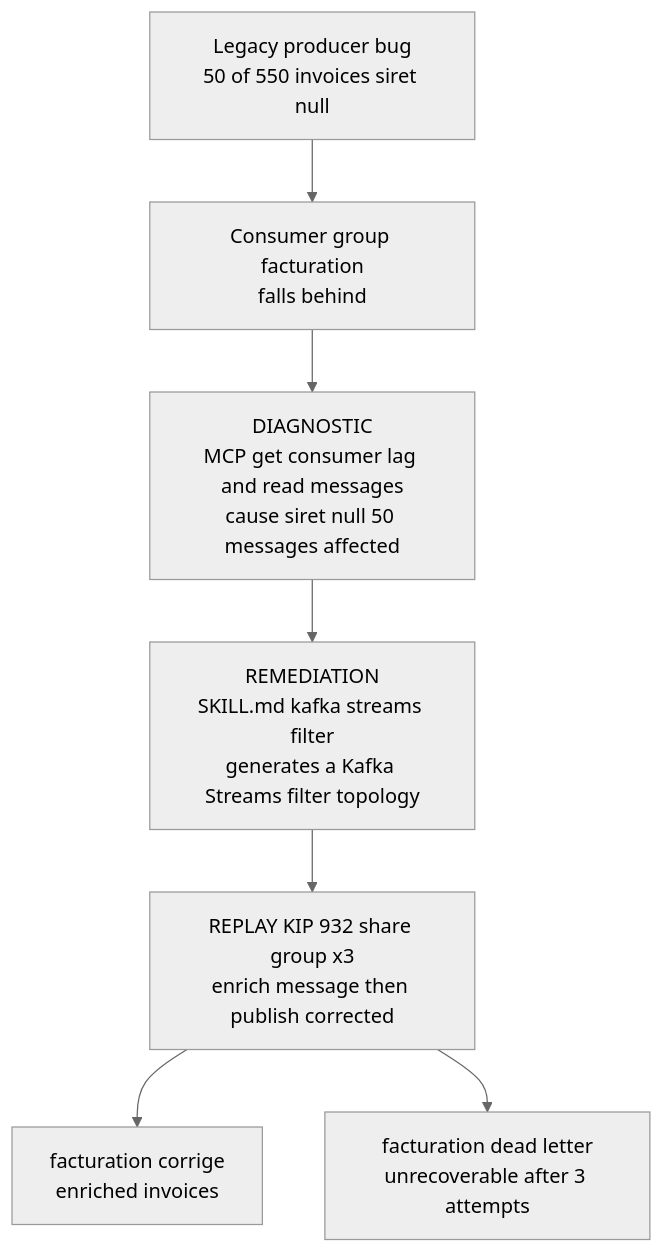
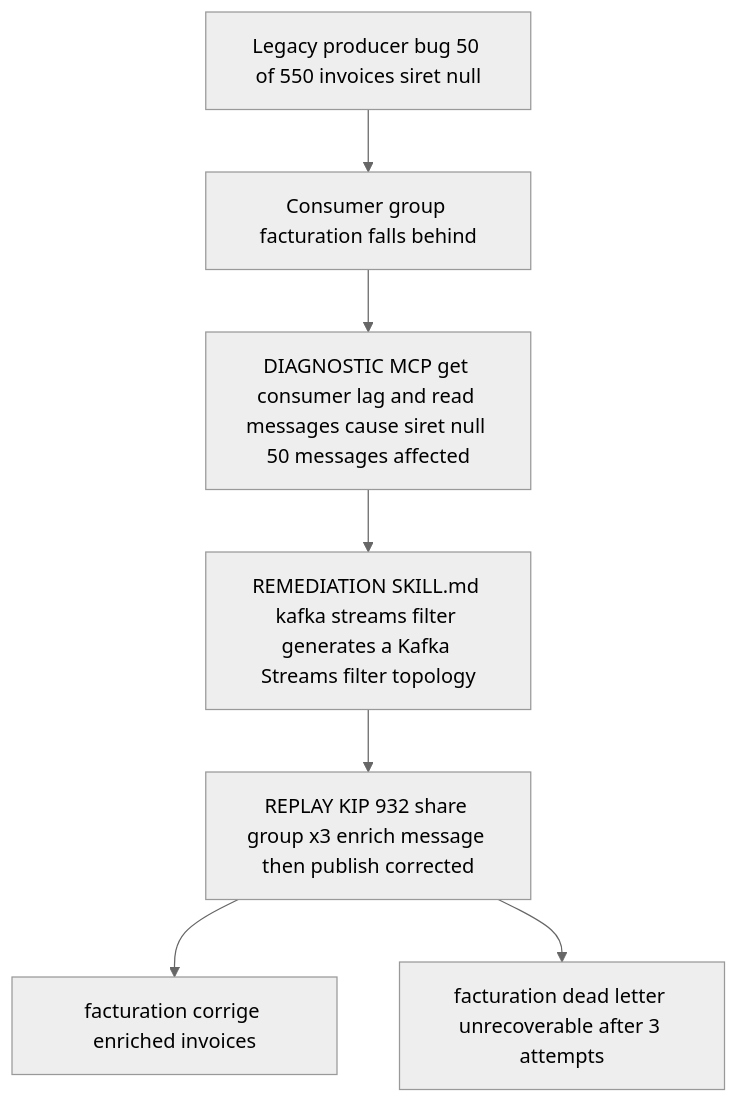
One commit to arabaaoui/kafka-ops-agents changed the first of 3 diagrams in README.md. Above: the diagram before and after it, drawn with Mermaid (neutral theme).

Commit message:
fix: remove all br tags from mermaid diagrams - root cause of GitHub render failure

````diff
--- a/README.md
+++ b/README.md
@@ -22,15 +22,15 @@
 ```mermaid
 flowchart TB
-    BUG["Legacy producer bug<br/>50 of 550 invoices siret null"]
+    BUG["Legacy producer bug 50 of 550 invoices siret null"]
 
-    BUG --> LAG["Consumer group facturation<br/>falls behind"]
+    BUG --> LAG["Consumer group facturation falls behind"]
 
-    LAG --> DIAG["DIAGNOSTIC<br/>MCP get consumer lag and read messages<br/>cause siret null 50 messages affected"]
+    LAG --> DIAG["DIAGNOSTIC MCP get consumer lag and read messages cause siret null 50 messages affected"]
 
-    DIAG --> REM["REMEDIATION<br/>SKILL.md kafka streams filter<br/>generates a Kafka Streams filter topology"]
+    DIAG --> REM["REMEDIATION SKILL.md kafka streams filter generates a Kafka Streams filter topology"]
 
-    REM --> REPLAY["REPLAY KIP 932 share group x3<br/>enrich message then publish corrected"]
+    REM --> REPLAY["REPLAY KIP 932 share group x3 enrich message then publish corrected"]
 
-    REPLAY --> FIXED["facturation corrige<br/>enriched invoices"]
-    REPLAY --> DLQ["facturation dead letter<br/>unrecoverable after 3 attempts"]
+    REPLAY --> FIXED["facturation corrige enriched invoices"]
+    REPLAY --> DLQ["facturation dead letter unrecoverable after 3 attempts"]
 ```
````
